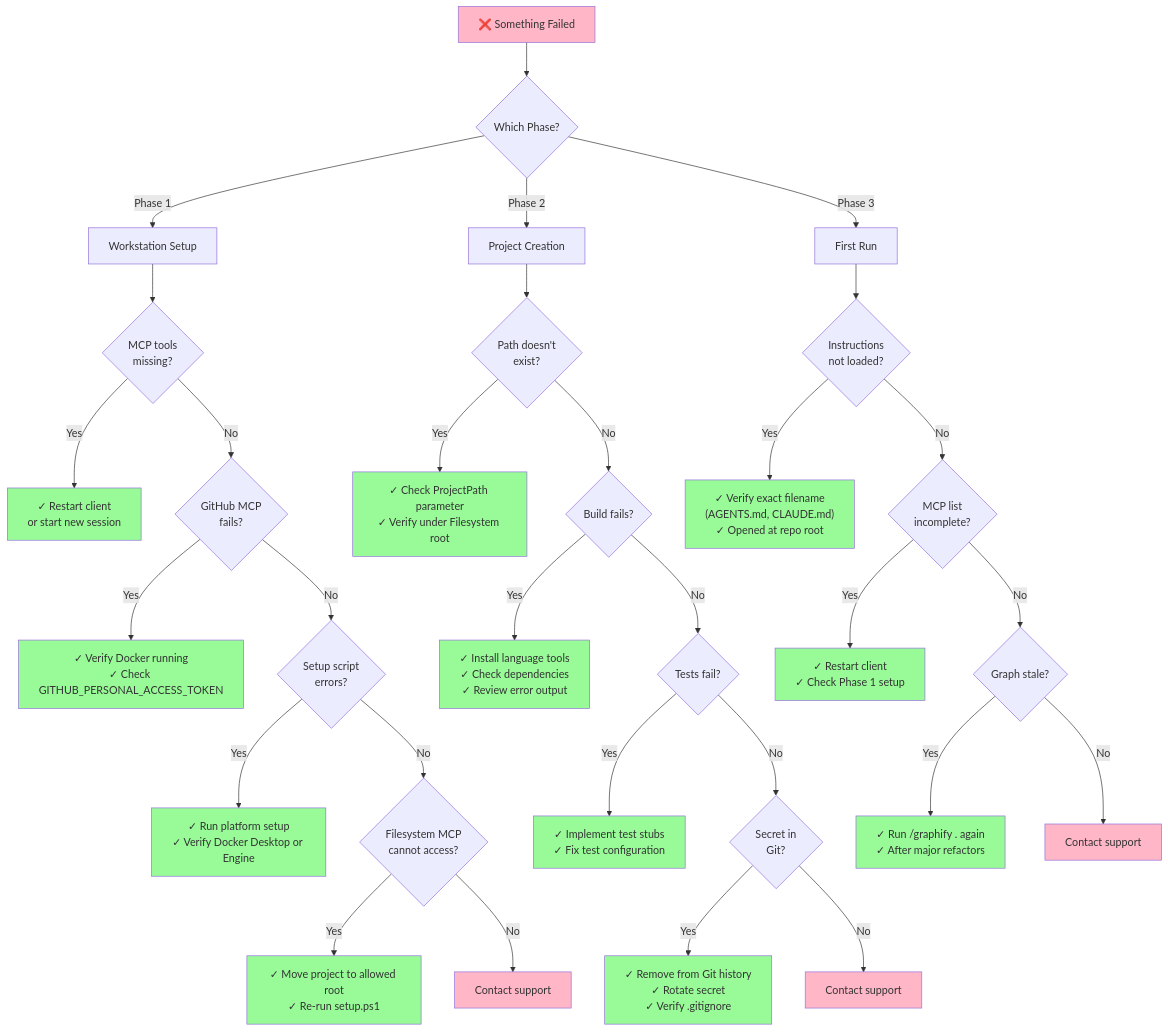
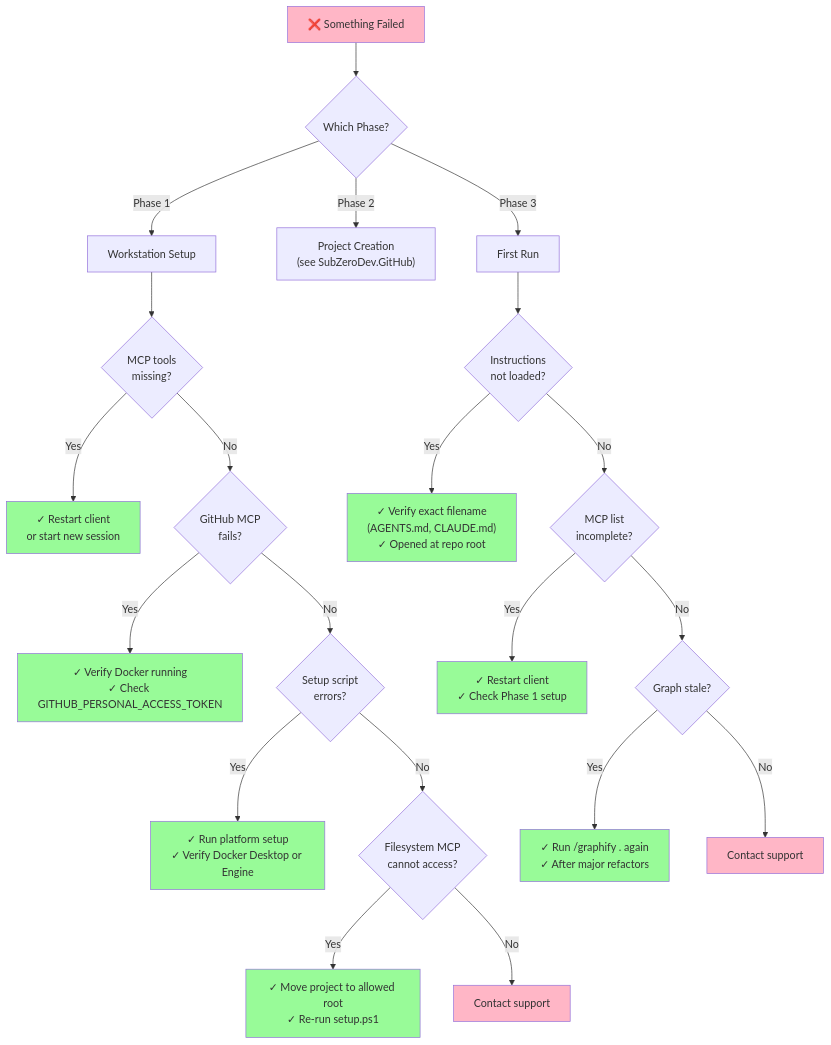
Before and after one commit to The-Running-Dev/SubZeroDev.Workspace: the seventh of 9 diagrams in setup-llm/docs/architecture/setup-flowcharts.md, drawn with Mermaid. The commit also changed other lines of this file and 56 other files, not shown here.

First line of the commit message:
Move project scaffolding to SubZeroDev.GitHub (#53)

````diff
--- a/setup-llm/docs/architecture/setup-flowcharts.md
+++ b/setup-llm/docs/architecture/setup-flowcharts.md
@@ -372,60 +269,42 @@
 ```mermaid
 graph TD
     Issue["❌ Something Failed"] --> Phase{Which Phase?}
     
     Phase -->|Phase 1| P1Issue["Workstation Setup"]
-    Phase -->|Phase 2| P2Issue["Project Creation"]
+    Phase -->|Phase 2| P2Issue["Project Creation<br/>(see SubZeroDev.GitHub)"]
     Phase -->|Phase 3| P3Issue["First Run"]
     
     P1Issue --> P1Q1{"MCP tools<br/>missing?"}
     P1Q1 -->|Yes| P1A1["✓ Restart client<br/>or start new session"]
     P1Q1 -->|No| P1Q2{"GitHub MCP<br/>fails?"}
     
     P1Q2 -->|Yes| P1A2["✓ Verify Docker running<br/>✓ Check GITHUB_PERSONAL_ACCESS_TOKEN"]
     P1Q2 -->|No| P1Q3{"Setup script<br/>errors?"}
     
     P1Q3 -->|Yes| P1A3["✓ Run platform setup<br/>✓ Verify Docker Desktop or Engine"]
     P1Q3 -->|No| P1Q4{"Filesystem MCP<br/>cannot access?"}
     
     P1Q4 -->|Yes| P1A4["✓ Move project to allowed root<br/>✓ Re-run setup.ps1"]
     P1Q4 -->|No| P1End["Contact support"]
     
-    P2Issue --> P2Q1{"Path doesn't<br/>exist?"}
-    P2Q1 -->|Yes| P2A1["✓ Check ProjectPath parameter<br/>✓ Verify under Filesystem root"]
-    P2Q1 -->|No| P2Q2{"Build fails?"}
-    
-    P2Q2 -->|Yes| P2A2["✓ Install language tools<br/>✓ Check dependencies<br/>✓ Review error output"]
-    P2Q2 -->|No| P2Q3{"Tests fail?"}
-    
-    P2Q3 -->|Yes| P2A3["✓ Implement test stubs<br/>✓ Fix test configuration"]
-    P2Q3 -->|No| P2Q4{"Secret in<br/>Git?"}
-    
-    P2Q4 -->|Yes| P2A4["✓ Remove from Git history<br/>✓ Rotate secret<br/>✓ Verify .gitignore"]
-    P2Q4 -->|No| P2End["Contact support"]
-    
     P3Issue --> P3Q1{"Instructions<br/>not loaded?"}
     P3Q1 -->|Yes| P3A1["✓ Verify exact filename<br/>(AGENTS.md, CLAUDE.md)<br/>✓ Opened at repo root"]
     P3Q1 -->|No| P3Q2{"MCP list<br/>incomplete?"}
     
     P3Q2 -->|Yes| P3A2["✓ Restart client<br/>✓ Check Phase 1 setup"]
     P3Q2 -->|No| P3Q3{"Graph stale?"}
     
     P3Q3 -->|Yes| P3A3["✓ Run /graphify . again<br/>✓ After major refactors"]
     P3Q3 -->|No| P3End["Contact support"]
     
     style Issue fill:#FFB6C6
     style P1End fill:#FFB6C6
-    style P2End fill:#FFB6C6
     style P3End fill:#FFB6C6
     style P1A1 fill:#98FB98
     style P1A2 fill:#98FB98
     style P1A3 fill:#98FB98
     style P1A4 fill:#98FB98
-    style P2A1 fill:#98FB98
-    style P2A2 fill:#98FB98
-    style P2A3 fill:#98FB98
-    style P2A4 fill:#98FB98
     style P3A1 fill:#98FB98
     style P3A2 fill:#98FB98
     style P3A3 fill:#98FB98
 ```
````
